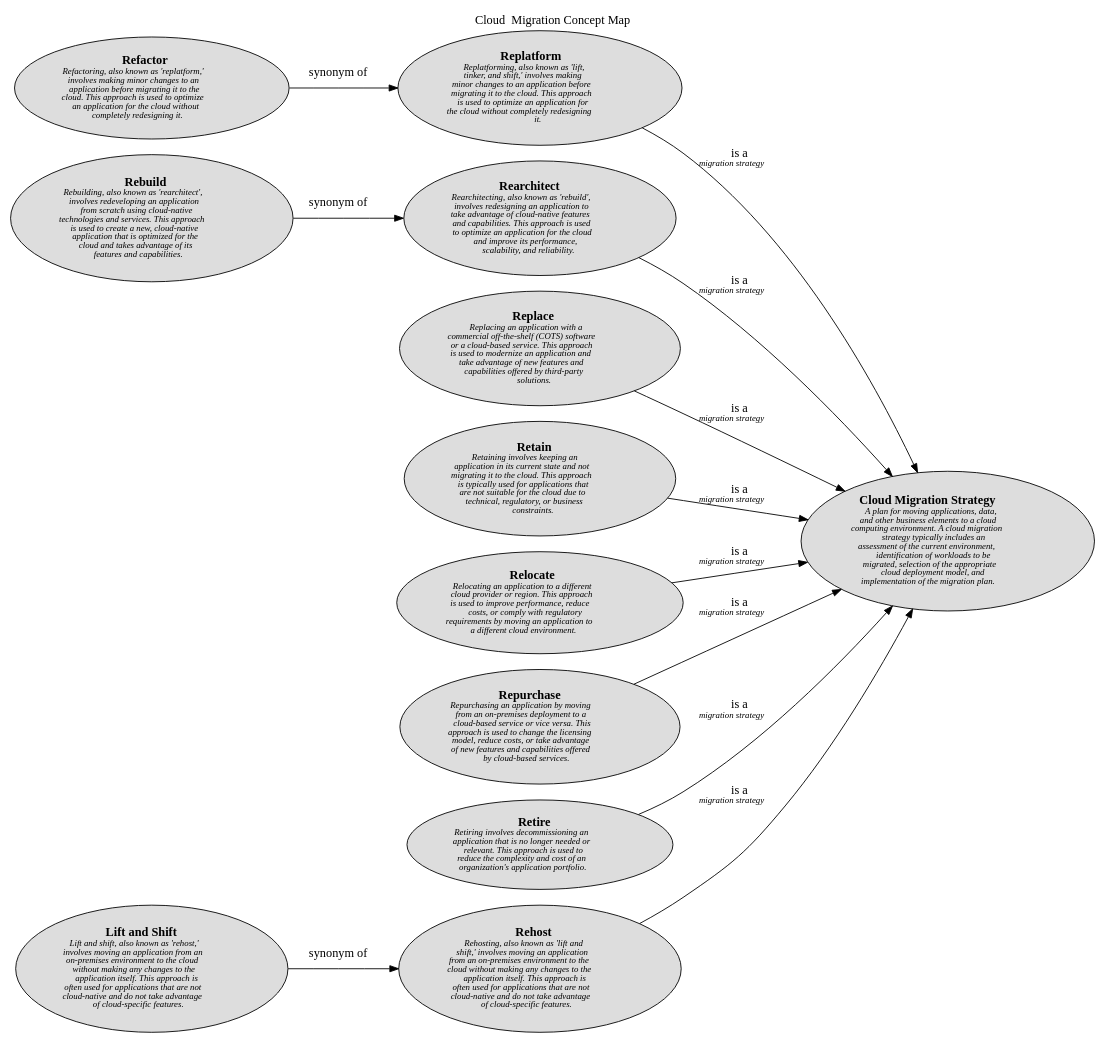
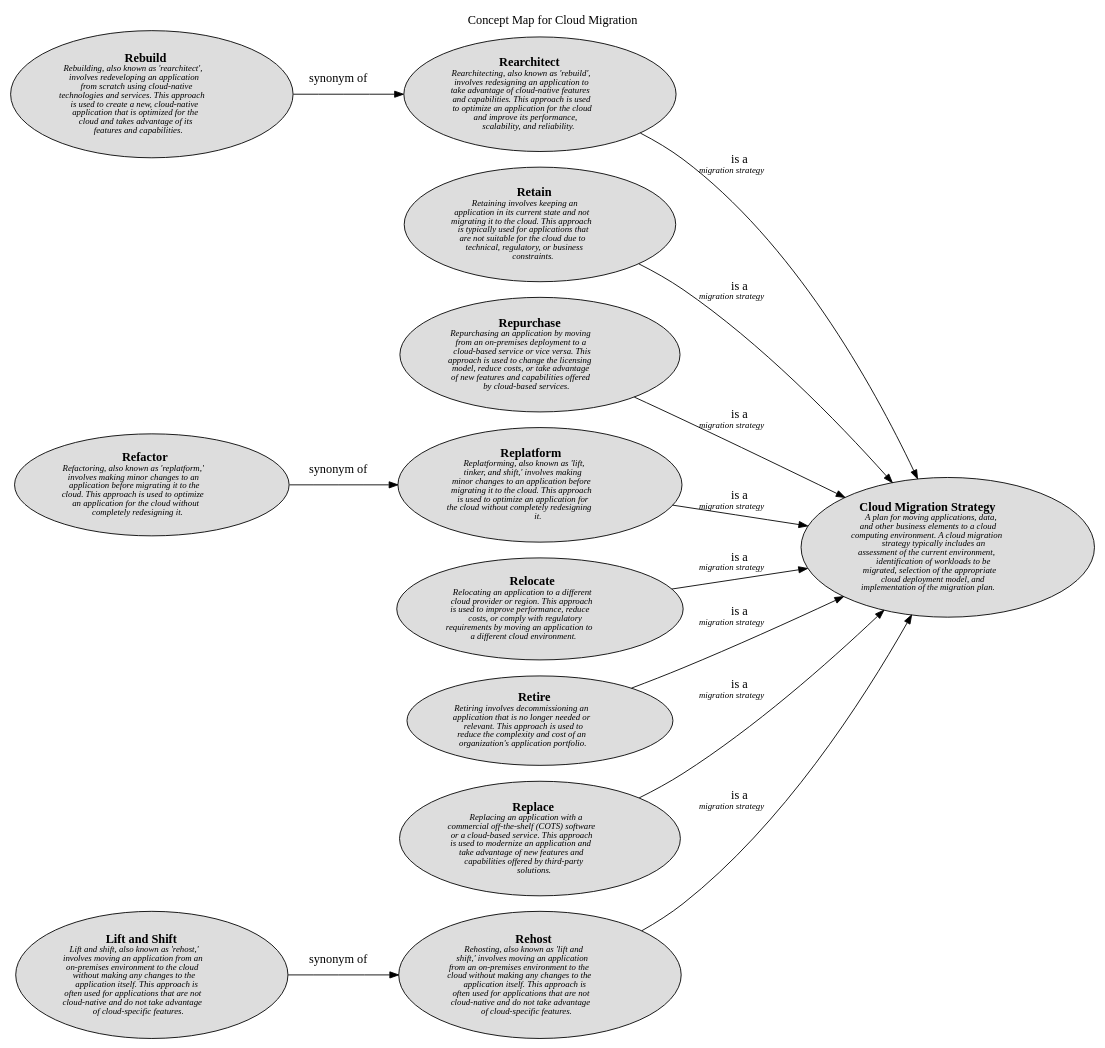
Before and after one commit to lsolbach/overarch-models: the diagram in docs/software-development/cloud/migration/concept-view.dot, drawn with Graphviz. The commit also changed 120 other files, not shown here.

```diff
--- a/docs/software-development/cloud/migration/concept-view.dot
+++ b/docs/software-development/cloud/migration/concept-view.dot
@@ -1,34 +1,34 @@
-digraph "Cloud  Migration Concept Map" {
+digraph "Concept Map for Cloud Migration" {
   labelloc= "t"
-  label="Cloud  Migration Concept Map"
+  label="Concept Map for Cloud Migration"
   rankdir="LR"
 
   layout=dot
+software_development_cloud_migration__rehost [shape=ellipse style=filled fillcolor="#dddddd" label=<<B>Rehost</B><BR/><FONT POINT-SIZE="10"><I>Rehosting, also known as &apos;lift and<BR/>shift,&apos; involves moving an application<BR/>from an on-premises environment to the<BR/>cloud without making any changes to the<BR/>application itself. This approach is<BR/>often used for applications that are not<BR/>cloud-native and do not take advantage<BR/>of cloud-specific features. </I></FONT>>]
+software_development_cloud_migration__rearchitect [shape=ellipse style=filled fillcolor="#dddddd" label=<<B>Rearchitect</B><BR/><FONT POINT-SIZE="10"><I>Rearchitecting, also known as &apos;rebuild&apos;,<BR/>involves redesigning an application to<BR/>take advantage of cloud-native features<BR/>and capabilities. This approach is used<BR/>to optimize an application for the cloud<BR/>and improve its performance,<BR/>scalability, and reliability. </I></FONT>>]
+software_development_cloud_migration__lift_and_shift [shape=ellipse style=filled fillcolor="#dddddd" label=<<B>Lift and Shift</B><BR/><FONT POINT-SIZE="10"><I>Lift and shift, also known as &apos;rehost,&apos;<BR/>involves moving an application from an<BR/>on-premises environment to the cloud<BR/>without making any changes to the<BR/>application itself. This approach is<BR/>often used for applications that are not<BR/>cloud-native and do not take advantage<BR/>of cloud-specific features. </I></FONT>>]
+software_development_cloud_migration__rebuild [shape=ellipse style=filled fillcolor="#dddddd" label=<<B>Rebuild</B><BR/><FONT POINT-SIZE="10"><I>Rebuilding, also known as &apos;rearchitect&apos;,<BR/>involves redeveloping an application<BR/>from scratch using cloud-native<BR/>technologies and services. This approach<BR/>is used to create a new, cloud-native<BR/>application that is optimized for the<BR/>cloud and takes advantage of its<BR/>features and capabilities. </I></FONT>>]
+software_development_cloud__cloud_migration_strategy [shape=ellipse style=filled fillcolor="#dddddd" label=<<B>Cloud Migration Strategy</B><BR/><FONT POINT-SIZE="10"><I>A plan for moving applications, data,<BR/>and other business elements to a cloud<BR/>computing environment. A cloud migration<BR/>strategy typically includes an<BR/>assessment of the current environment,<BR/>identification of workloads to be<BR/>migrated, selection of the appropriate<BR/>cloud deployment model, and<BR/>implementation of the migration plan. </I></FONT>>]
+software_development_cloud_migration__retain [shape=ellipse style=filled fillcolor="#dddddd" label=<<B>Retain</B><BR/><FONT POINT-SIZE="10"><I>Retaining involves keeping an<BR/>application in its current state and not<BR/>migrating it to the cloud. This approach<BR/>is typically used for applications that<BR/>are not suitable for the cloud due to<BR/>technical, regulatory, or business<BR/>constraints. </I></FONT>>]
 software_development_cloud_migration__refactor [shape=ellipse style=filled fillcolor="#dddddd" label=<<B>Refactor</B><BR/><FONT POINT-SIZE="10"><I>Refactoring, also known as &apos;replatform,&apos;<BR/>involves making minor changes to an<BR/>application before migrating it to the<BR/>cloud. This approach is used to optimize<BR/>an application for the cloud without<BR/>completely redesigning it. </I></FONT>>]
+software_development_cloud_migration__repurchase [shape=ellipse style=filled fillcolor="#dddddd" label=<<B>Repurchase</B><BR/><FONT POINT-SIZE="10"><I>Repurchasing an application by moving<BR/>from an on-premises deployment to a<BR/>cloud-based service or vice versa. This<BR/>approach is used to change the licensing<BR/>model, reduce costs, or take advantage<BR/>of new features and capabilities offered<BR/>by cloud-based services. </I></FONT>>]
 software_development_cloud_migration__replatform [shape=ellipse style=filled fillcolor="#dddddd" label=<<B>Replatform</B><BR/><FONT POINT-SIZE="10"><I>Replatforming, also known as &apos;lift,<BR/>tinker, and shift,&apos; involves making<BR/>minor changes to an application before<BR/>migrating it to the cloud. This approach<BR/>is used to optimize an application for<BR/>the cloud without completely redesigning<BR/>it. </I></FONT>>]
-software_development_cloud_migration__rebuild [shape=ellipse style=filled fillcolor="#dddddd" label=<<B>Rebuild</B><BR/><FONT POINT-SIZE="10"><I>Rebuilding, also known as &apos;rearchitect&apos;,<BR/>involves redeveloping an application<BR/>from scratch using cloud-native<BR/>technologies and services. This approach<BR/>is used to create a new, cloud-native<BR/>application that is optimized for the<BR/>cloud and takes advantage of its<BR/>features and capabilities. </I></FONT>>]
-software_development_cloud_migration__rearchitect [shape=ellipse style=filled fillcolor="#dddddd" label=<<B>Rearchitect</B><BR/><FONT POINT-SIZE="10"><I>Rearchitecting, also known as &apos;rebuild&apos;,<BR/>involves redesigning an application to<BR/>take advantage of cloud-native features<BR/>and capabilities. This approach is used<BR/>to optimize an application for the cloud<BR/>and improve its performance,<BR/>scalability, and reliability. </I></FONT>>]
+software_development_cloud_migration__relocate [shape=ellipse style=filled fillcolor="#dddddd" label=<<B>Relocate</B><BR/><FONT POINT-SIZE="10"><I>Relocating an application to a different<BR/>cloud provider or region. This approach<BR/>is used to improve performance, reduce<BR/>costs, or comply with regulatory<BR/>requirements by moving an application to<BR/>a different cloud environment. </I></FONT>>]
+software_development_cloud_migration__retire [shape=ellipse style=filled fillcolor="#dddddd" label=<<B>Retire</B><BR/><FONT POINT-SIZE="10"><I>Retiring involves decommissioning an<BR/>application that is no longer needed or<BR/>relevant. This approach is used to<BR/>reduce the complexity and cost of an<BR/>organization&apos;s application portfolio. </I></FONT>>]
 software_development_cloud_migration__replace [shape=ellipse style=filled fillcolor="#dddddd" label=<<B>Replace</B><BR/><FONT POINT-SIZE="10"><I>Replacing an application with a<BR/>commercial off-the-shelf (COTS) software<BR/>or a cloud-based service. This approach<BR/>is used to modernize an application and<BR/>take advantage of new features and<BR/>capabilities offered by third-party<BR/>solutions. </I></FONT>>]
-software_development_cloud_migration__retain [shape=ellipse style=filled fillcolor="#dddddd" label=<<B>Retain</B><BR/><FONT POINT-SIZE="10"><I>Retaining involves keeping an<BR/>application in its current state and not<BR/>migrating it to the cloud. This approach<BR/>is typically used for applications that<BR/>are not suitable for the cloud due to<BR/>technical, regulatory, or business<BR/>constraints. </I></FONT>>]
-software_development_cloud_migration__relocate [shape=ellipse style=filled fillcolor="#dddddd" label=<<B>Relocate</B><BR/><FONT POINT-SIZE="10"><I>Relocating an application to a different<BR/>cloud provider or region. This approach<BR/>is used to improve performance, reduce<BR/>costs, or comply with regulatory<BR/>requirements by moving an application to<BR/>a different cloud environment. </I></FONT>>]
-software_development_cloud_migration__lift_and_shift [shape=ellipse style=filled fillcolor="#dddddd" label=<<B>Lift and Shift</B><BR/><FONT POINT-SIZE="10"><I>Lift and shift, also known as &apos;rehost,&apos;<BR/>involves moving an application from an<BR/>on-premises environment to the cloud<BR/>without making any changes to the<BR/>application itself. This approach is<BR/>often used for applications that are not<BR/>cloud-native and do not take advantage<BR/>of cloud-specific features. </I></FONT>>]
-software_development_cloud_migration__repurchase [shape=ellipse style=filled fillcolor="#dddddd" label=<<B>Repurchase</B><BR/><FONT POINT-SIZE="10"><I>Repurchasing an application by moving<BR/>from an on-premises deployment to a<BR/>cloud-based service or vice versa. This<BR/>approach is used to change the licensing<BR/>model, reduce costs, or take advantage<BR/>of new features and capabilities offered<BR/>by cloud-based services. </I></FONT>>]
-software_development_cloud_migration__retire [shape=ellipse style=filled fillcolor="#dddddd" label=<<B>Retire</B><BR/><FONT POINT-SIZE="10"><I>Retiring involves decommissioning an<BR/>application that is no longer needed or<BR/>relevant. This approach is used to<BR/>reduce the complexity and cost of an<BR/>organization&apos;s application portfolio. </I></FONT>>]
-software_development_cloud_migration__rehost [shape=ellipse style=filled fillcolor="#dddddd" label=<<B>Rehost</B><BR/><FONT POINT-SIZE="10"><I>Rehosting, also known as &apos;lift and<BR/>shift,&apos; involves moving an application<BR/>from an on-premises environment to the<BR/>cloud without making any changes to the<BR/>application itself. This approach is<BR/>often used for applications that are not<BR/>cloud-native and do not take advantage<BR/>of cloud-specific features. </I></FONT>>]
-software_development_cloud__cloud_migration_strategy [shape=ellipse style=filled fillcolor="#dddddd" label=<<B>Cloud Migration Strategy</B><BR/><FONT POINT-SIZE="10"><I>A plan for moving applications, data,<BR/>and other business elements to a cloud<BR/>computing environment. A cloud migration<BR/>strategy typically includes an<BR/>assessment of the current environment,<BR/>identification of workloads to be<BR/>migrated, selection of the appropriate<BR/>cloud deployment model, and<BR/>implementation of the migration plan. </I></FONT>>]
  
 software_development_cloud_migration__lift_and_shift -> software_development_cloud_migration__rehost [label=<synonym of<BR/><FONT POINT-SIZE="10"><I> </I></FONT>>]
 software_development_cloud_migration__retain -> software_development_cloud__cloud_migration_strategy [label=<is a<BR/><FONT POINT-SIZE="10"><I>migration strategy </I></FONT>>]
 software_development_cloud_migration__relocate -> software_development_cloud__cloud_migration_strategy [label=<is a<BR/><FONT POINT-SIZE="10"><I>migration strategy </I></FONT>>]
 software_development_cloud_migration__replatform -> software_development_cloud__cloud_migration_strategy [label=<is a<BR/><FONT POINT-SIZE="10"><I>migration strategy </I></FONT>>]
 software_development_cloud_migration__refactor -> software_development_cloud_migration__replatform [label=<synonym of<BR/><FONT POINT-SIZE="10"><I> </I></FONT>>]
 software_development_cloud_migration__rearchitect -> software_development_cloud__cloud_migration_strategy [label=<is a<BR/><FONT POINT-SIZE="10"><I>migration strategy </I></FONT>>]
 software_development_cloud_migration__repurchase -> software_development_cloud__cloud_migration_strategy [label=<is a<BR/><FONT POINT-SIZE="10"><I>migration strategy </I></FONT>>]
 software_development_cloud_migration__replace -> software_development_cloud__cloud_migration_strategy [label=<is a<BR/><FONT POINT-SIZE="10"><I>migration strategy </I></FONT>>]
 software_development_cloud_migration__rebuild -> software_development_cloud_migration__rearchitect [label=<synonym of<BR/><FONT POINT-SIZE="10"><I> </I></FONT>>]
 software_development_cloud_migration__rehost -> software_development_cloud__cloud_migration_strategy [label=<is a<BR/><FONT POINT-SIZE="10"><I>migration strategy </I></FONT>>]
 software_development_cloud_migration__retire -> software_development_cloud__cloud_migration_strategy [label=<is a<BR/><FONT POINT-SIZE="10"><I>migration strategy </I></FONT>>]
  
 }
 
 // (generated by Overarch with template views/view.dot.cmb)
```
